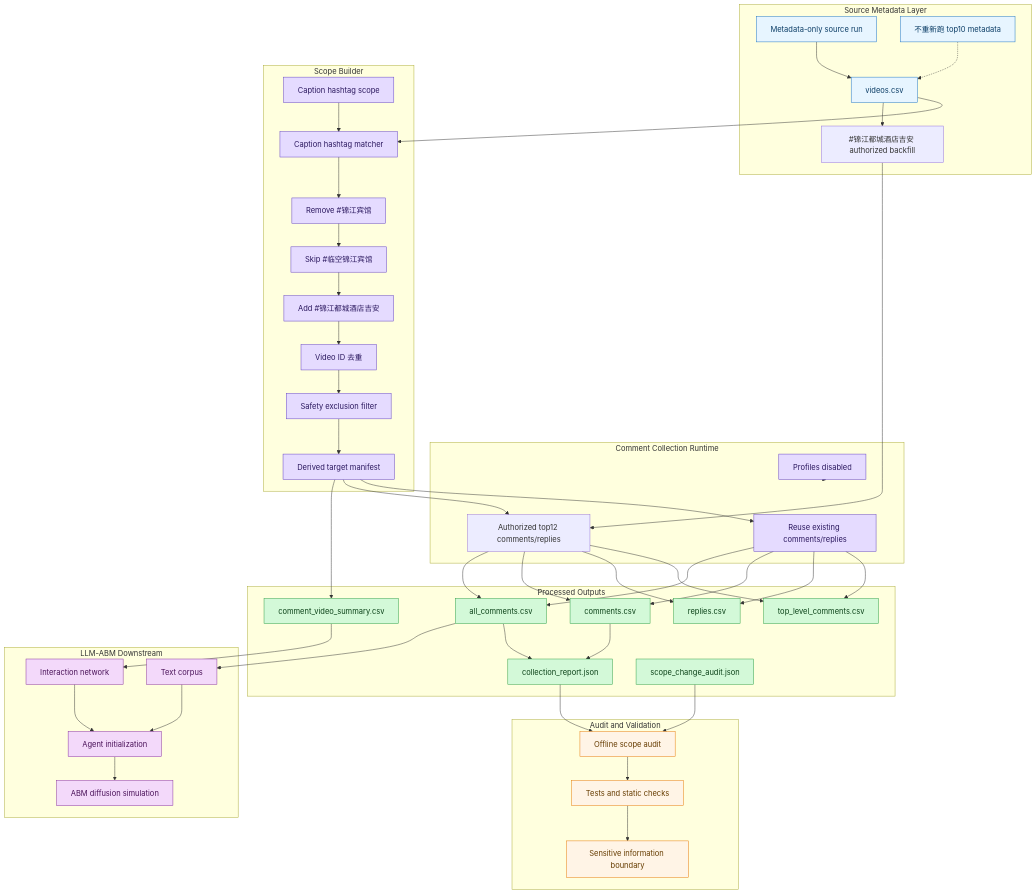
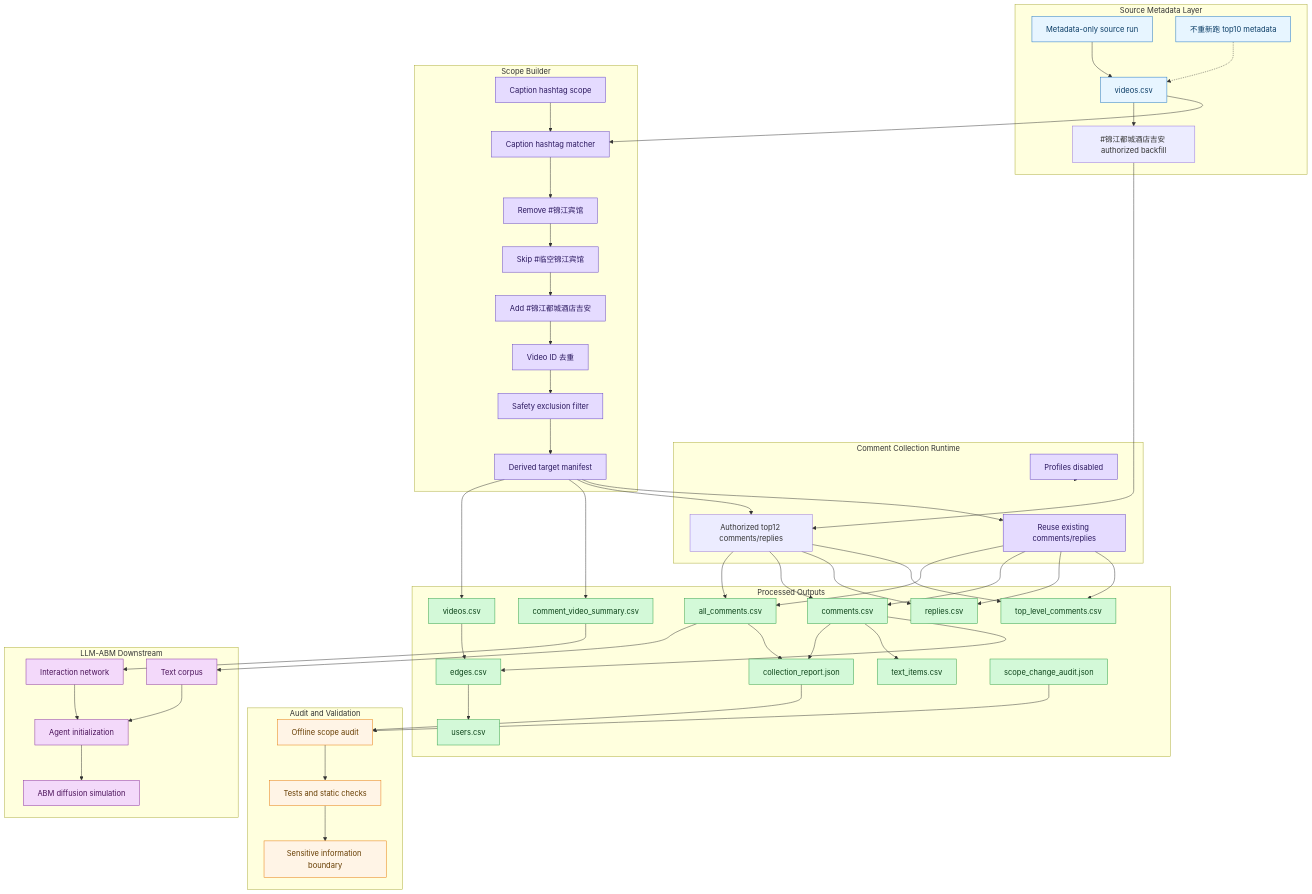
Before and after one commit to liu-qingyuan/llm-abm-marketing-sim: the first of 4 diagrams in docs/05-周报/2026-06-20-锦江酒店Douyin评论与回复数据集构建及LLM-ABM研究支撑.md, drawn with Mermaid. The commit also changed other lines of this file and 2 other files, not shown here.

````diff
--- a/docs/05-周报/2026-06-20-锦江酒店Douyin评论与回复数据集构建及LLM-ABM研究支撑.md
+++ b/docs/05-周报/2026-06-20-锦江酒店Douyin评论与回复数据集构建及LLM-ABM研究支撑.md
@@ -140,6 +142,10 @@
         repliesCsv["replies.csv"]
         allCsv["all_comments.csv"]
         summaryCsv["comment_video_summary.csv"]
+        videosCsv["videos.csv"]
+        usersCsv["users.csv"]
+        edgesCsv["edges.csv"]
+        textItemsCsv["text_items.csv"]
         reportJson["collection_report.json"]
         auditJson["scope_change_audit.json"]
     end
@@ -180,6 +186,11 @@
     oldComments --> commentsCsv
     oldComments --> allCsv
     targetManifest --> summaryCsv
+    targetManifest --> videosCsv
+    commentsCsv --> edgesCsv
+    commentsCsv --> textItemsCsv
+    videosCsv --> edgesCsv
+    edgesCsv --> usersCsv
     profilesDisabled -.-> collection
     commentsCsv --> reportJson
     allCsv --> reportJson
@@ -203,7 +214,7 @@
     class sourceRun,sourceVideos,noMetadataRedo sourceClass
     class tagStats,matcher,removeBinguan,skipLinkong,addJian,dedupe,safetyFilter,targetManifest,oldComments,profilesDisabled processClass
     class top12Backfill,top12Comments doneClass
-    class commentsCsv,topCsv,repliesCsv,allCsv,summaryCsv,reportJson,auditJson outputClass
+    class commentsCsv,topCsv,repliesCsv,allCsv,summaryCsv,videosCsv,usersCsv,edgesCsv,textItemsCsv,reportJson,auditJson outputClass
     class audit,tests,secretScan validationClass
     class textCorpus,interactionNetwork,agentInit,abmSimulation futureClass
 ```
````
